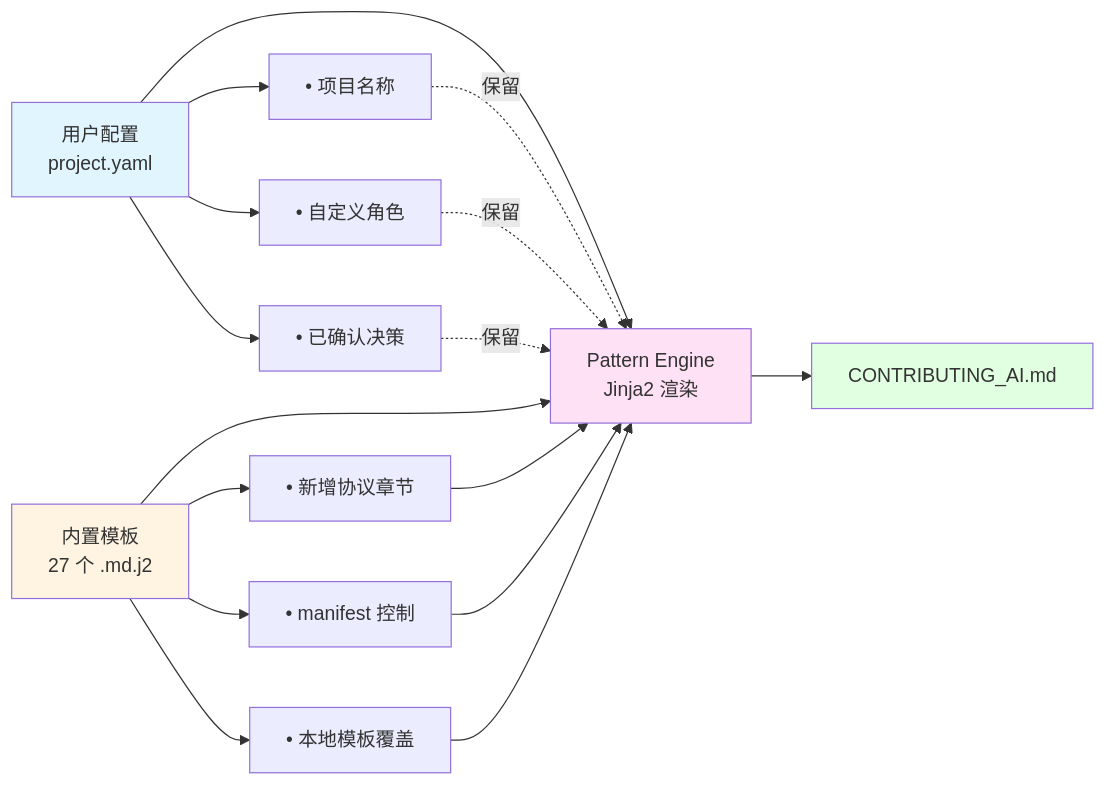
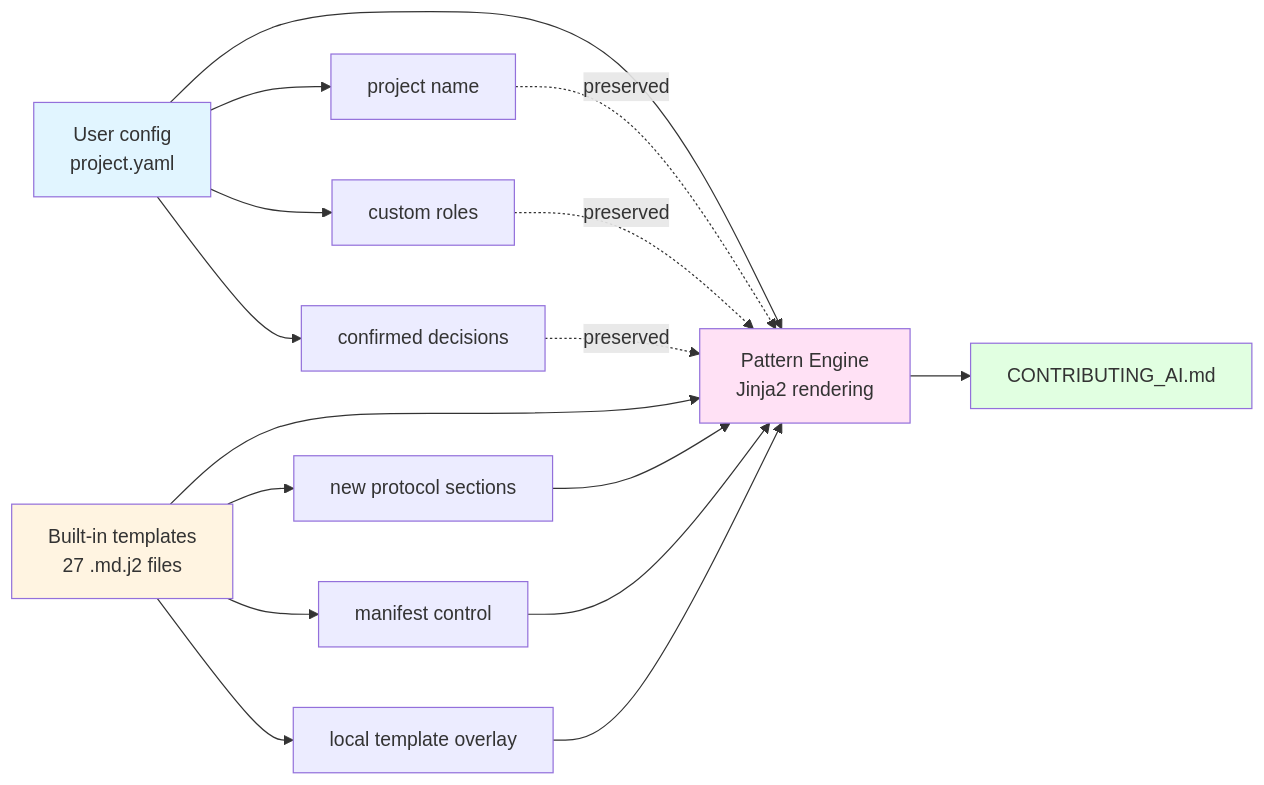
Before and after one commit to flashpoint493/VibeCollab: the second of 2 diagrams in README.md, drawn with Mermaid. The commit also changed other lines of this file and 14 other files, not shown here.

````diff
--- a/README.md
+++ b/README.md
@@ -475,27 +317,27 @@
 ```mermaid
 flowchart LR
-    A[用户配置<br/>project.yaml] --> C[Pattern Engine<br/>Jinja2 渲染]
-    B[内置模板<br/>27 个 .md.j2] --> C
+    A[User config<br/>project.yaml] --> C[Pattern Engine<br/>Jinja2 rendering]
+    B[Built-in templates<br/>27 .md.j2 files] --> C
     
-    A1[• 项目名称] -.保留.-> C
-    A2[• 自定义角色] -.保留.-> C
-    A3[• 已确认决策] -.保留.-> C
+    A1[project name] -.preserved.-> C
+    A2[custom roles] -.preserved.-> C
+    A3[confirmed decisions] -.preserved.-> C
     
-    B1[• 新增协议章节] --> C
-    B2[• manifest 控制] --> C
-    B3[• 本地模板覆盖] --> C
+    B1[new protocol sections] --> C
+    B2[manifest control] --> C
+    B3[local template overlay] --> C
     
     C --> D[CONTRIBUTING_AI.md]
     
     A --> A1
     A --> A2
     A --> A3
     B --> B1
     B --> B2
     B --> B3
     
     style A fill:#e1f5ff
     style B fill:#fff4e1
     style C fill:#ffe1f5
     style D fill:#e1ffe1
 ```
````
